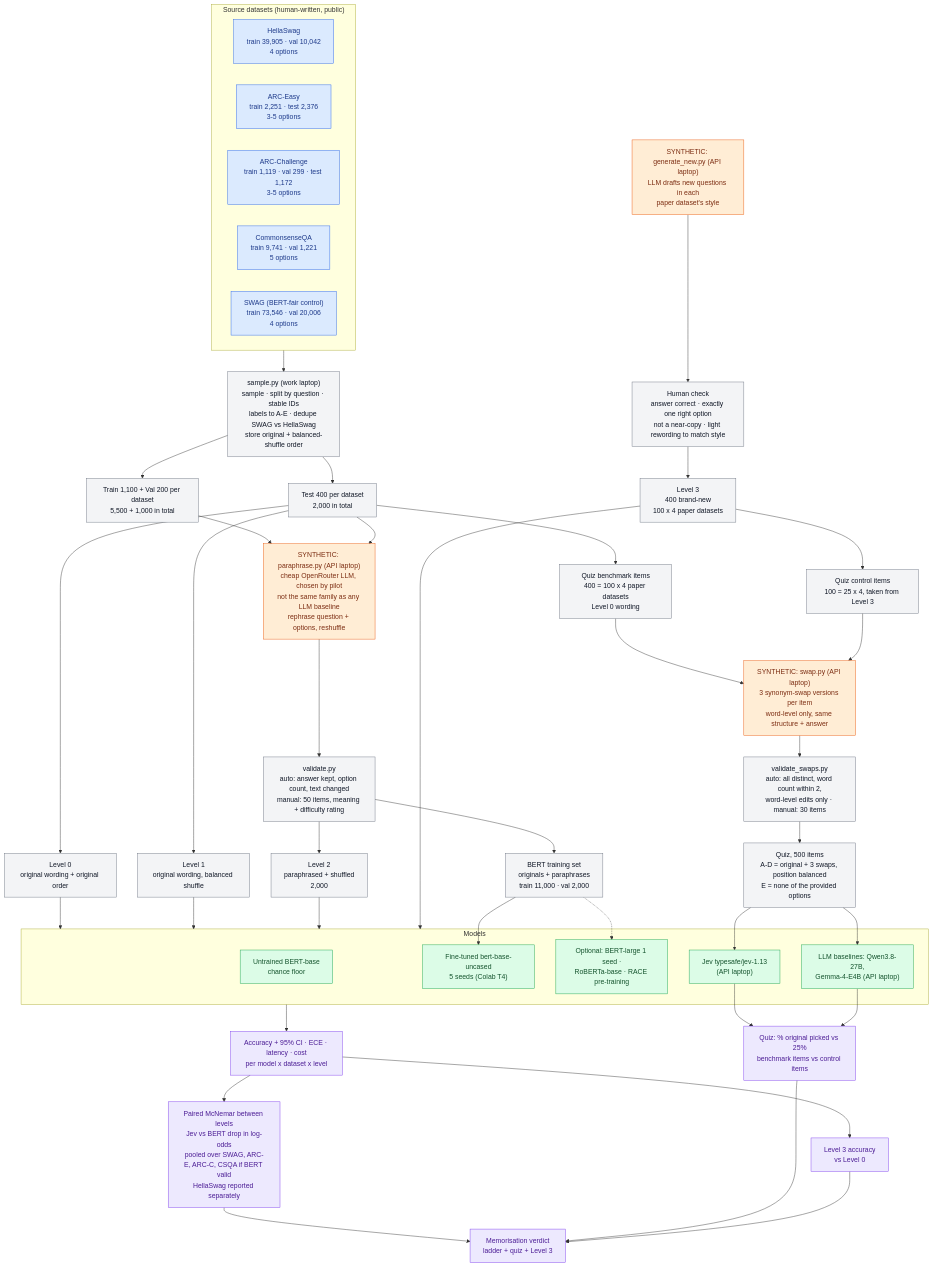
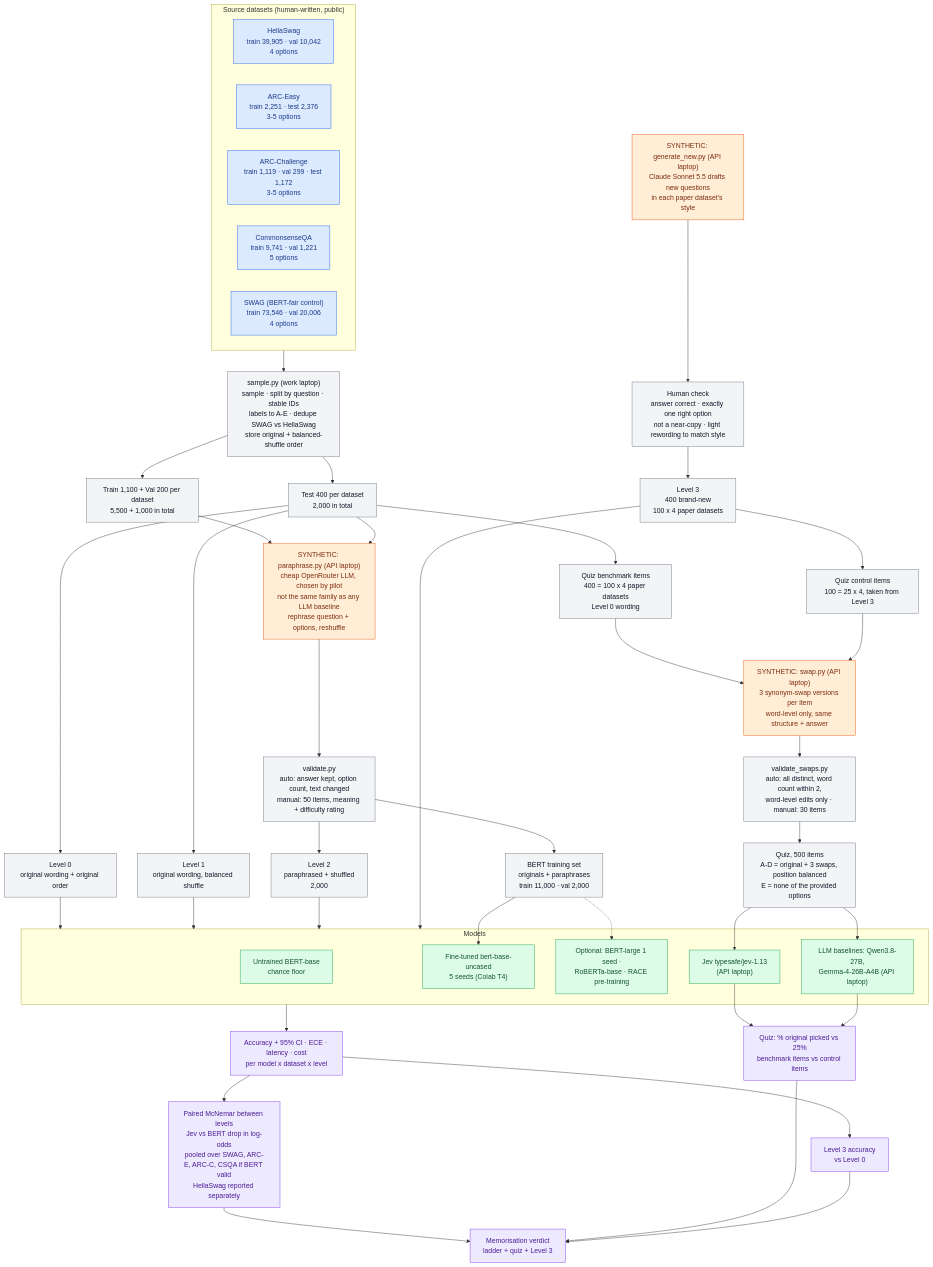
The diagram in docs/experiment-flow.mmd (am3lia-low/jev-project), drawn with Mermaid before and after one commit. The commit also changed 2 other files, not shown here.

Commit message:
LLM lineup is out gang

```diff
--- a/docs/experiment-flow.mmd
+++ b/docs/experiment-flow.mmd
@@ -1,77 +1,77 @@
 flowchart TD
     %% ---------- Source datasets (human-written) ----------
     subgraph SRC["Source datasets (human-written, public)"]
         HS["HellaSwag<br/>train 39,905 · val 10,042<br/>4 options"]
         AE["ARC-Easy<br/>train 2,251 · test 2,376<br/>3-5 options"]
         AC["ARC-Challenge<br/>train 1,119 · val 299 · test 1,172<br/>3-5 options"]
         CQ["CommonsenseQA<br/>train 9,741 · val 1,221<br/>5 options"]
         SW["SWAG (BERT-fair control)<br/>train 73,546 · val 20,006<br/>4 options"]
     end
 
     %% ---------- Sampling (scripted) ----------
     SRC --> SAMPLE["sample.py (work laptop)<br/>sample · split by question · stable IDs<br/>labels to A-E · dedupe SWAG vs HellaSwag<br/>store original + balanced-shuffle order"]
     SAMPLE --> TRV["Train 1,100 + Val 200 per dataset<br/>5,500 + 1,000 in total"]
     SAMPLE --> TEST["Test 400 per dataset<br/>2,000 in total"]
 
     %% ---------- Levels 0 and 1 (scripted) ----------
     TEST --> L0["Level 0<br/>original wording + original order"]
     TEST --> L1["Level 1<br/>original wording, balanced shuffle"]
 
     %% ---------- Synthetic: paraphrases ----------
     TRV --> PARA["SYNTHETIC: paraphrase.py (API laptop)<br/>cheap OpenRouter LLM, chosen by pilot<br/>not the same family as any LLM baseline<br/>rephrase question + options, reshuffle"]
     TEST --> PARA
     PARA --> VPARA["validate.py<br/>auto: answer kept, option count, text changed<br/>manual: 50 items, meaning + difficulty rating"]
     VPARA --> L2["Level 2<br/>paraphrased + shuffled<br/>2,000"]
     VPARA --> TRAINSET["BERT training set<br/>originals + paraphrases<br/>train 11,000 · val 2,000"]
 
     %% ---------- Synthetic: brand-new questions ----------
-    GEN["SYNTHETIC: generate_new.py (API laptop)<br/>LLM drafts new questions in each<br/>paper dataset's style"] --> HNEW["Human check<br/>answer correct · exactly one right option<br/>not a near-copy · light rewording to match style"]
+    GEN["SYNTHETIC: generate_new.py (API laptop)<br/>Claude Sonnet 5.5 drafts new questions<br/>in each paper dataset's style"] --> HNEW["Human check<br/>answer correct · exactly one right option<br/>not a near-copy · light rewording to match style"]
     HNEW --> L3["Level 3<br/>400 brand-new<br/>100 x 4 paper datasets"]
 
     %% ---------- Synthetic: memorisation quiz ----------
     TEST --> QSEL["Quiz benchmark items<br/>400 = 100 x 4 paper datasets<br/>Level 0 wording"]
     L3 --> QCTRL["Quiz control items<br/>100 = 25 x 4, taken from Level 3"]
     QSEL --> SWAP["SYNTHETIC: swap.py (API laptop)<br/>3 synonym-swap versions per item<br/>word-level only, same structure + answer"]
     QCTRL --> SWAP
     SWAP --> VSWAP["validate_swaps.py<br/>auto: all distinct, word count within 2,<br/>word-level edits only · manual: 30 items"]
     VSWAP --> QUIZ["Quiz, 500 items<br/>A-D = original + 3 swaps, position balanced<br/>E = none of the provided options"]
 
     %% ---------- Models ----------
     subgraph MODELS["Models"]
         BERTU["Untrained BERT-base<br/>chance floor"]
         BERTFT["Fine-tuned bert-base-uncased<br/>5 seeds (Colab T4)"]
         OPT["Optional: BERT-large 1 seed ·<br/>RoBERTa-base · RACE pre-training"]
         JEV["Jev typesafe/jev-1.13<br/>(API laptop)"]
-        LLM["LLM baselines: Qwen3.8-27B,<br/>Gemma-4-E4B (API laptop)"]
+        LLM["LLM baselines: Qwen3.8-27B,<br/>Gemma-4-26B-A4B (API laptop)"]
     end
     TRAINSET --> BERTFT
     TRAINSET -.-> OPT
 
     L0 --> MODELS
     L1 --> MODELS
     L2 --> MODELS
     L3 --> MODELS
     QUIZ --> JEV
     QUIZ --> LLM
 
     %% ---------- Results ----------
     MODELS --> R1["Accuracy + 95% CI · ECE · latency · cost<br/>per model x dataset x level"]
     R1 --> R2["Paired McNemar between levels<br/>Jev vs BERT drop in log-odds<br/>pooled over SWAG, ARC-E, ARC-C, CSQA if BERT valid<br/>HellaSwag reported separately"]
     JEV --> R3["Quiz: % original picked vs 25%<br/>benchmark items vs control items"]
     LLM --> R3
     R1 --> R4["Level 3 accuracy<br/>vs Level 0"]
     R2 --> FINAL["Memorisation verdict<br/>ladder + quiz + Level 3"]
     R3 --> FINAL
     R4 --> FINAL
 
     %% ---------- Styles ----------
     classDef human fill:#dbeafe,stroke:#2563eb,color:#1e3a8a
     classDef synth fill:#ffedd5,stroke:#ea580c,color:#7c2d12
     classDef script fill:#f3f4f6,stroke:#6b7280,color:#111827
     classDef model fill:#dcfce7,stroke:#16a34a,color:#14532d
     classDef result fill:#ede9fe,stroke:#7c3aed,color:#4c1d95
     class HS,AE,AC,CQ,SW human
     class PARA,GEN,SWAP synth
     class SAMPLE,TRV,TEST,L0,L1,L2,L3,TRAINSET,VPARA,HNEW,QSEL,QCTRL,VSWAP,QUIZ script
     class BERTU,BERTFT,OPT,JEV,LLM model
     class R1,R2,R3,R4,FINAL result
```
